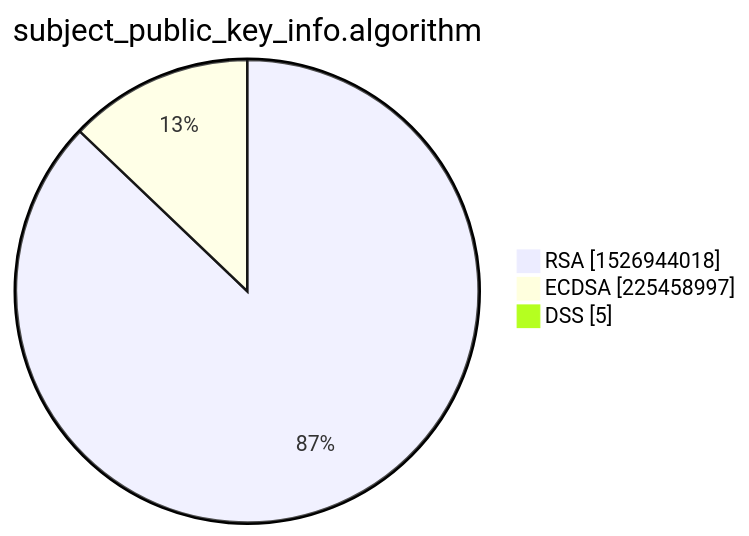
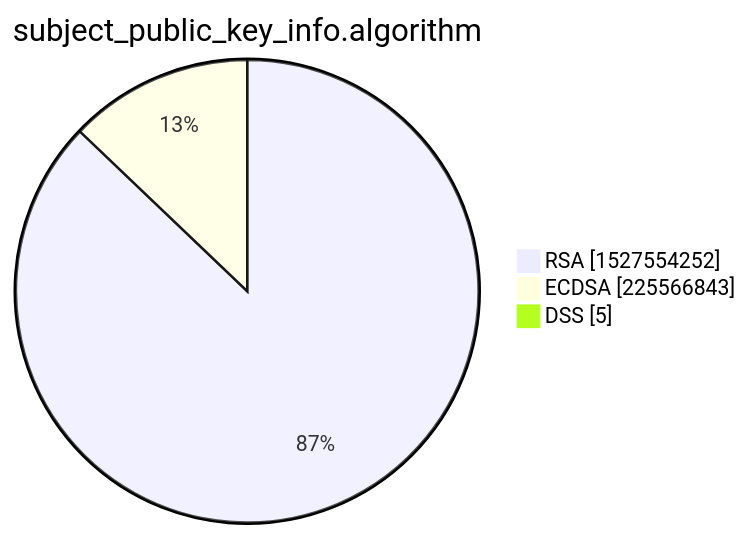
Before and after one commit to christiankrug/ctmonitor_visualization: the third of 15 diagrams in xenon2022/README.md, drawn with Mermaid. The commit also changed other lines of this file, not shown here.

````diff
--- a/xenon2022/README.md
+++ b/xenon2022/README.md
@@ -14,7 +14,7 @@
 ```mermaid
 pie showData
 title subject_public_key_info.algorithm
-"RSA" :1526944018
-"ECDSA" :225458997
+"RSA" :1527554252
+"ECDSA" :225566843
 "DSS" :5
 ```
````
